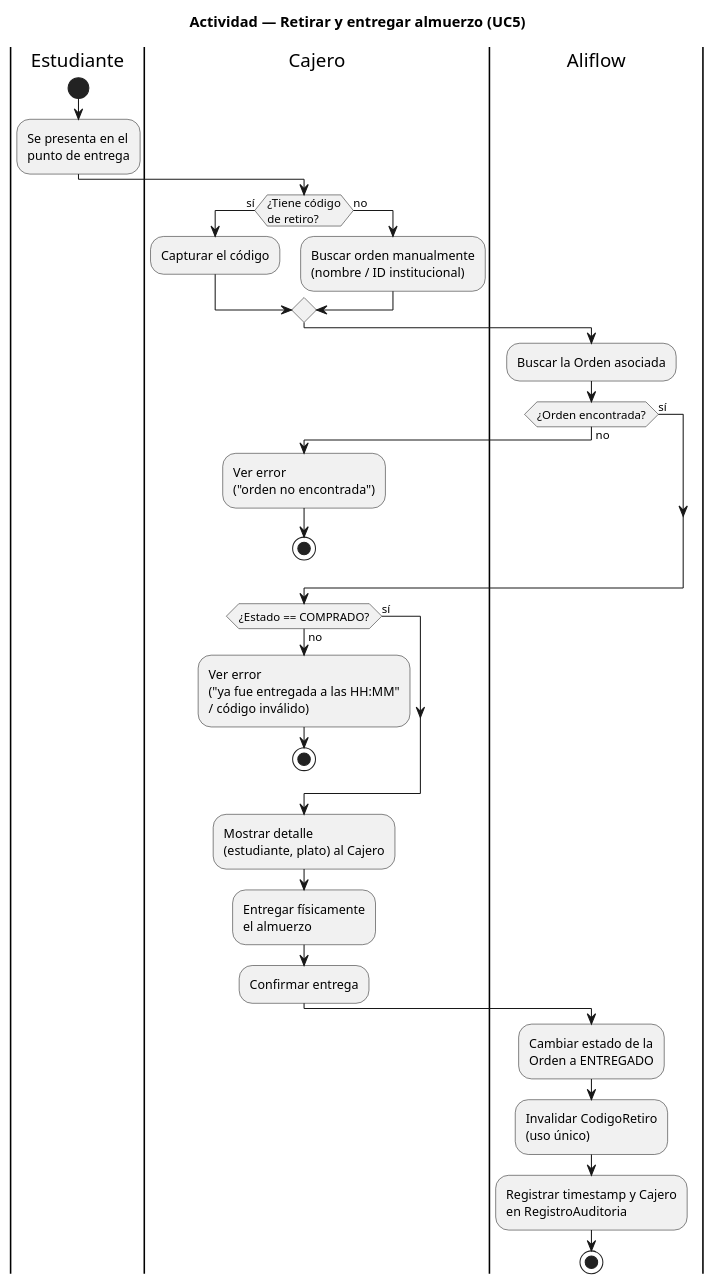
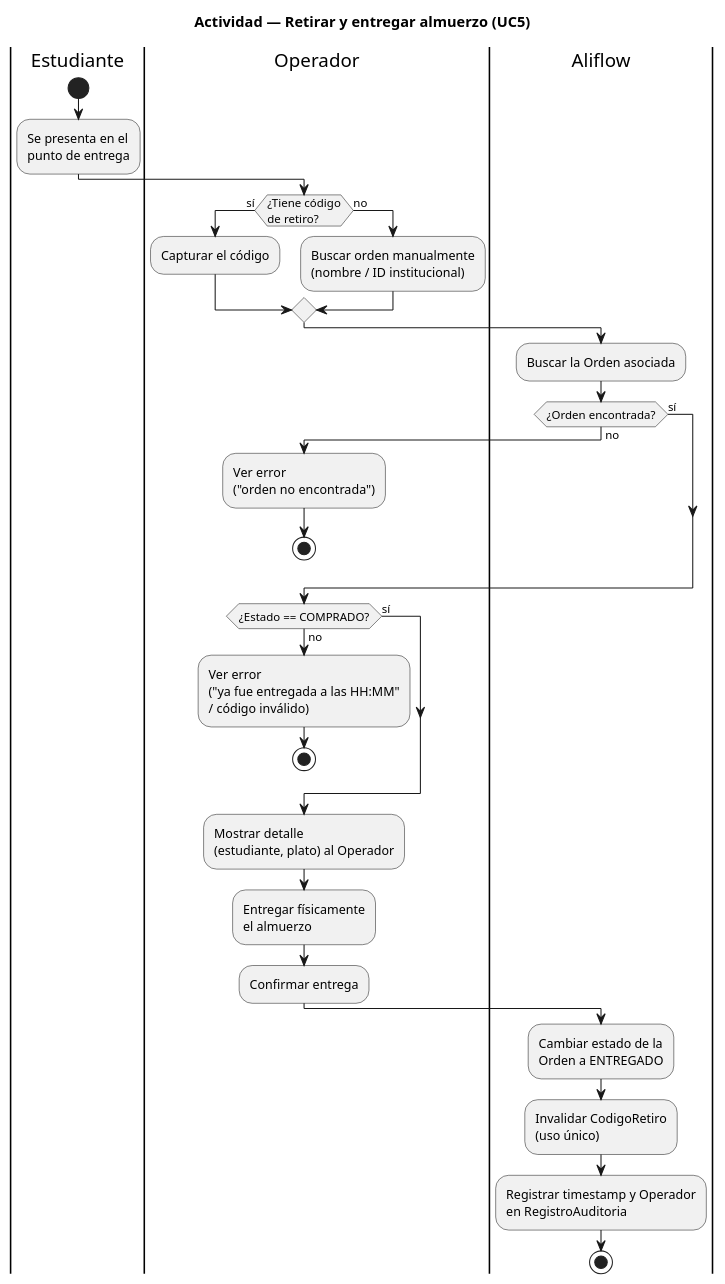
The diagram in uml/actividad-retiro-entrega.puml (Jesus-JB/aliflow), drawn with PlantUML before and after one commit. The commit also changed 47 other files, not shown here.

```diff
--- a/uml/actividad-retiro-entrega.puml
+++ b/uml/actividad-retiro-entrega.puml
@@ -1,44 +1,44 @@
 @startuml actividad-retiro-entrega-aliflow
 
 title Actividad — Retirar y entregar almuerzo (UC5)
 
 |Estudiante|
 start
 :Se presenta en el\npunto de entrega;
 
-|Cajero|
+|Operador|
 if (¿Tiene código\nde retiro?) then (sí)
   :Capturar el código;
 else (no)
   :Buscar orden manualmente\n(nombre / ID institucional);
 endif
 
 |Aliflow|
 :Buscar la Orden asociada;
 if (¿Orden encontrada?) then (no)
-  |Cajero|
+  |Operador|
   :Ver error\n("orden no encontrada");
   stop
 else (sí)
 endif
 
 if (¿Estado == COMPRADO?) then (no)
-  |Cajero|
+  |Operador|
   :Ver error\n("ya fue entregada a las HH:MM"\n/ código inválido);
   stop
 else (sí)
 endif
 
-:Mostrar detalle\n(estudiante, plato) al Cajero;
+:Mostrar detalle\n(estudiante, plato) al Operador;
 
-|Cajero|
+|Operador|
 :Entregar físicamente\nel almuerzo;
 :Confirmar entrega;
 
 |Aliflow|
 :Cambiar estado de la\nOrden a ENTREGADO;
 :Invalidar CodigoRetiro\n(uso único);
-:Registrar timestamp y Cajero\nen RegistroAuditoria;
+:Registrar timestamp y Operador\nen RegistroAuditoria;
 stop
 
 @enduml
```
